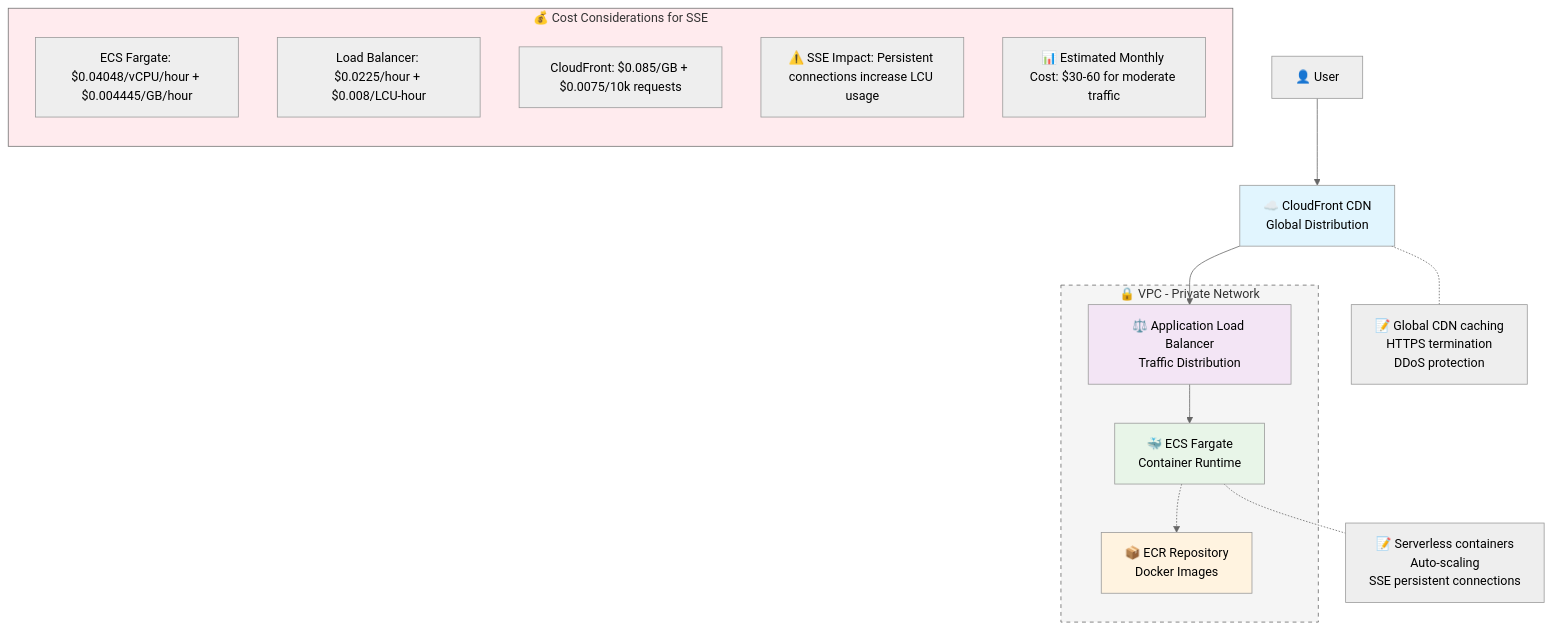
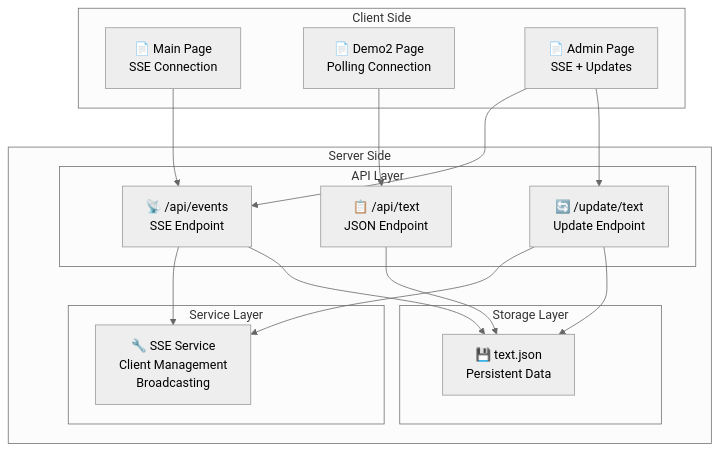
The second of 3 diagrams in README.md (krlz-dev/merapar-challenge), drawn with Mermaid (neutral theme) before and after one commit. The commit also changed other lines of this file and 9 other files, not shown here.

````diff
--- a/README.md
+++ b/README.md
@@ -25,31 +45,35 @@
 ```mermaid
 graph TB
-    User[👤 User] --> CDN[☁️ CloudFront CDN<br/>Global Distribution]
-    CDN --> ALB[⚖️ Application Load Balancer<br/>Traffic Distribution]
-    
-    subgraph VPC [🔒 VPC - Private Network]
-        ALB --> ECS[🐳 ECS Fargate<br/>Container Runtime]
-        ECS -.-> ECR[📦 ECR Repository<br/>Docker Images]
+    subgraph Client [Client Side]
+        MainPage[📄 Main Page<br/>SSE Connection]
+        Demo2[📄 Demo2 Page<br/>Polling Connection]
+        AdminPage[📄 Admin Page<br/>SSE + Updates]
     end
     
-    %% Annotations
-    CDN -.- CDN_NOTE[📝 Global CDN caching<br/>HTTPS termination<br/>DDoS protection]
-    ECS -.- ECS_NOTE[📝 Serverless containers<br/>Auto-scaling<br/>SSE persistent connections]
-    
-    %% Cost analysis box
-    subgraph COST [💰 Cost Considerations for SSE]
-        direction TB
-        COST1[ECS Fargate: $0.04048/vCPU/hour + $0.004445/GB/hour]
-        COST2[Load Balancer: $0.0225/hour + $0.008/LCU-hour]
-        COST3[CloudFront: $0.085/GB + $0.0075/10k requests]
-        COST4[⚠️ SSE Impact: Persistent connections increase LCU usage]
-        COST5[📊 Estimated Monthly Cost: $30-60 for moderate traffic]
+    subgraph Server [Server Side]
+        subgraph API [API Layer]
+            EventsAPI[📡 /api/events<br/>SSE Endpoint]
+            TextAPI[📋 /api/text<br/>JSON Endpoint]
+            UpdateAPI[🔄 /update/text<br/>Update Endpoint]
+        end
+        
+        subgraph Service [Service Layer]
+            SSEService[🔧 SSE Service<br/>Client Management<br/>Broadcasting]
+        end
+        
+        subgraph Storage [Storage Layer]
+            TextJSON[💾 text.json<br/>Persistent Data]
+        end
     end
     
-    style CDN fill:#e1f5fe
-    style ALB fill:#f3e5f5
-    style ECS fill:#e8f5e8
-    style ECR fill:#fff3e0
-    style VPC fill:#f5f5f5,stroke:#666,stroke-dasharray: 5 5
-    style COST fill:#ffebee
+    MainPage --> EventsAPI
+    Demo2 --> TextAPI
+    AdminPage --> EventsAPI
+    AdminPage --> UpdateAPI
+    
+    EventsAPI --> SSEService
+    UpdateAPI --> SSEService
+    UpdateAPI --> TextJSON
+    TextAPI --> TextJSON
+    EventsAPI --> TextJSON
 ```
````
